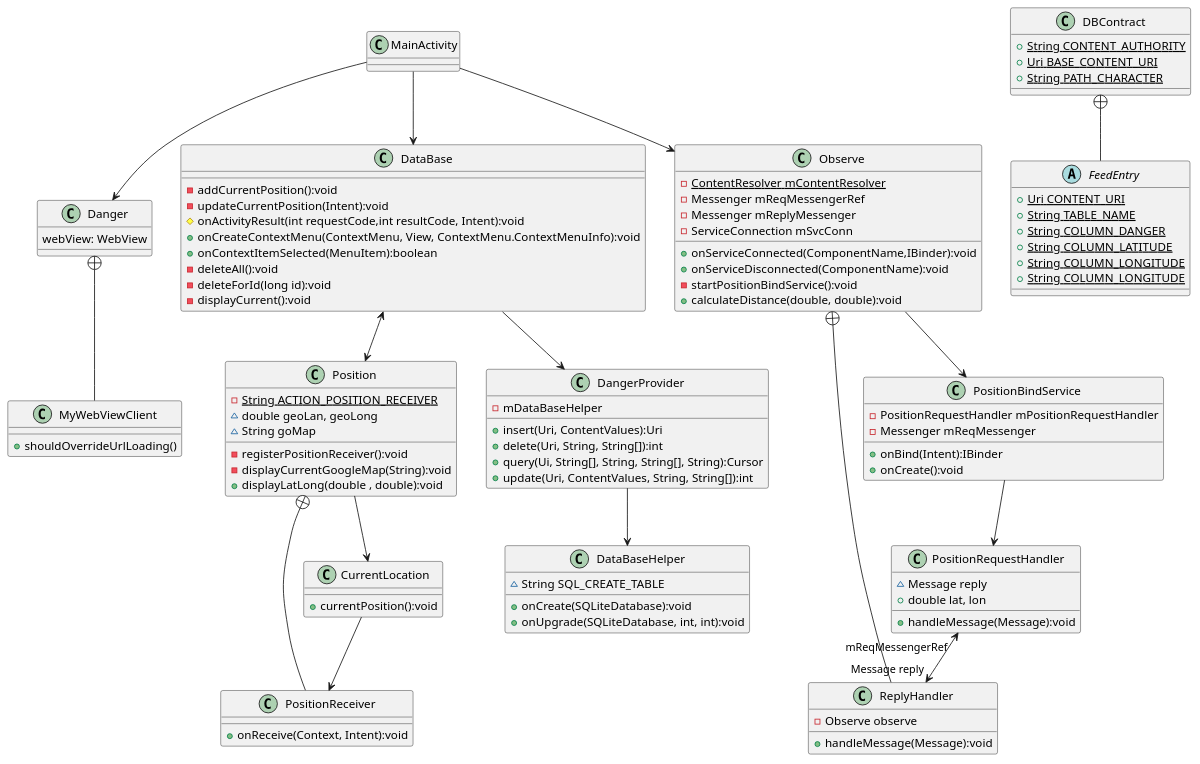
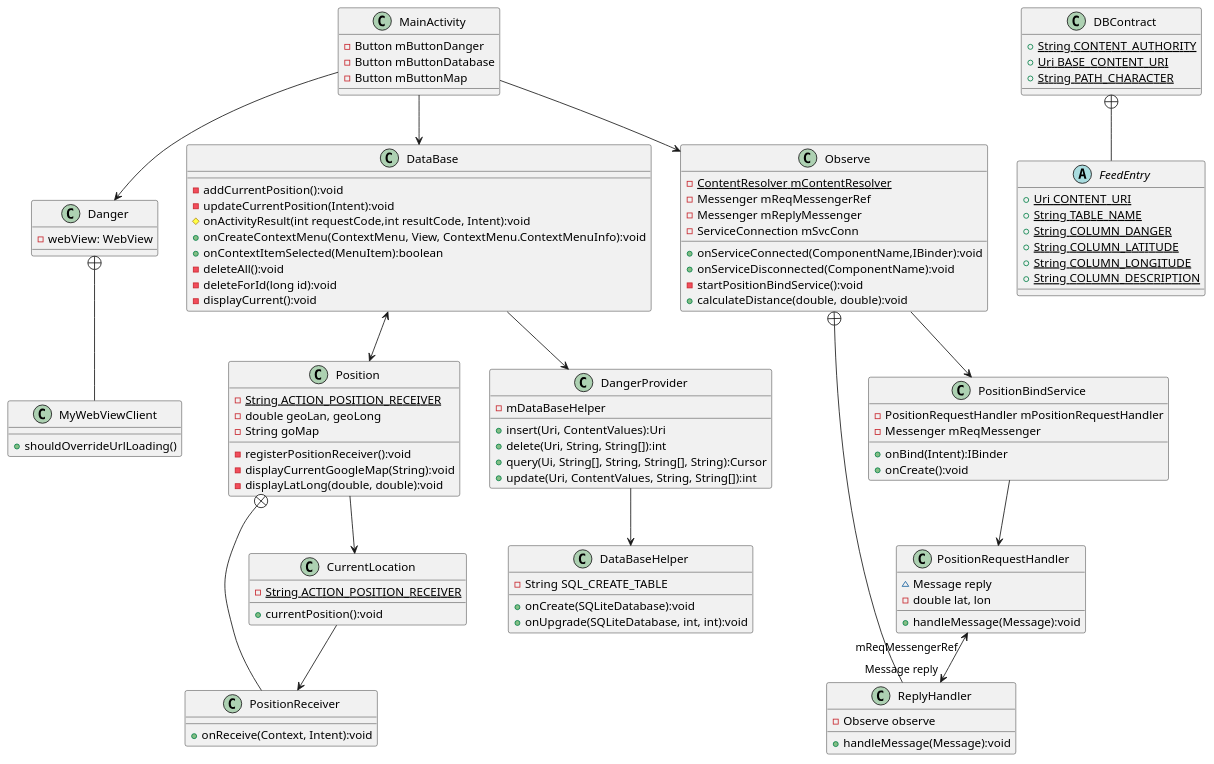
Before and after one commit to AlexYach1973/Capstone: the diagram in app/src/main/java/org/coursera/sustainableapps/caostoneproject/UML diagram.puml, drawn with PlantUML. The commit also changed 11 other files, not shown here.

```diff
--- a/app/src/main/java/org/coursera/sustainableapps/caostoneproject/UML diagram.puml
+++ b/app/src/main/java/org/coursera/sustainableapps/caostoneproject/UML diagram.puml
@@ -1,115 +1,122 @@
 @startuml
 'https://plantuml.com/class-diagram
 
-class MainActivity
+class MainActivity {
+-Button mButtonDanger
+-Button mButtonDatabase
+-Button mButtonMap
+
+}
+
 class Danger {
- webView: WebView
+ -webView: WebView
 }
 
 class MyWebViewClient {
  +shouldOverrideUrlLoading()
 }
 
 class DataBase {
 - addCurrentPosition():void
 - updateCurrentPosition(Intent):void
 # onActivityResult(int requestCode,int resultCode, Intent):void
 + onCreateContextMenu(ContextMenu, View, ContextMenu.ContextMenuInfo):void
 + onContextItemSelected(MenuItem):boolean
 - deleteAll():void
 - deleteForId(long id):void
 - displayCurrent():void
 }
 
 class Observe {
 - {static} ContentResolver mContentResolver
 - Messenger mReqMessengerRef
 -  Messenger mReplyMessenger
 - ServiceConnection mSvcConn
 + onServiceConnected(ComponentName,IBinder):void
 + onServiceDisconnected(ComponentName):void
 - startPositionBindService():void
 + calculateDistance(double, double):void
 }
 
 class ReplyHandler {
 - Observe observe
 + handleMessage(Message):void
 }
 
 class PositionBindService {
 - PositionRequestHandler mPositionRequestHandler
 - Messenger mReqMessenger
 + onBind(Intent):IBinder
 + onCreate():void
 }
 
 class PositionRequestHandler {
 ~ Message reply
-+ double lat, lon
+- double lat, lon
 + handleMessage(Message):void
 }
 
 class Position {
 - {static} String ACTION_POSITION_RECEIVER
-~ double geoLan, geoLong
-~ String goMap
+- double geoLan, geoLong
+- String goMap
 - registerPositionReceiver():void
 - displayCurrentGoogleMap(String):void
-+ displayLatLong(double , double):void
+- displayLatLong(double, double):void
 }
 
 class PositionReceiver {
 +  onReceive(Context, Intent):void
 }
 
 class CurrentLocation {
+- {static} String ACTION_POSITION_RECEIVER
 + currentPosition():void
 }
 
 class DataBaseHelper {
-~ String SQL_CREATE_TABLE
+- String SQL_CREATE_TABLE
 + onCreate(SQLiteDatabase):void
 + onUpgrade(SQLiteDatabase, int, int):void
 }
 
 class DangerProvider {
 - mDataBaseHelper
 + insert(Uri, ContentValues):Uri
 + delete(Uri, String, String[]):int
 + query(Ui, String[], String, String[], String):Cursor
 + update(Uri, ContentValues, String, String[]):int
 }
 
 class DBContract {
 + {static} String CONTENT_AUTHORITY
 + {static} Uri BASE_CONTENT_URI
 + {static} String PATH_CHARACTER
 }
 
 abstract class FeedEntry {
 + {static} Uri CONTENT_URI
 + {static} String TABLE_NAME
 + {static} String COLUMN_DANGER
 + {static} String COLUMN_LATITUDE
 + {static} String COLUMN_LONGITUDE
-+ {static} String COLUMN_LONGITUDE
++ {static} String COLUMN_DESCRIPTION
 }
 
 MainActivity --> Danger
 MainActivity --> Observe
 MainActivity --> DataBase
 DataBase <--> Position
 DataBase --> DangerProvider
 DBContract +-- FeedEntry
 Position +-- PositionReceiver
 Observe +-- ReplyHandler
 Observe --> PositionBindService
 PositionBindService --> PositionRequestHandler
 PositionRequestHandler "mReqMessengerRef" <--> "Message reply" ReplyHandler
 DangerProvider --> DataBaseHelper
 Danger +-- MyWebViewClient
 Position --> CurrentLocation
 CurrentLocation --> PositionReceiver
 
 @enduml
```
